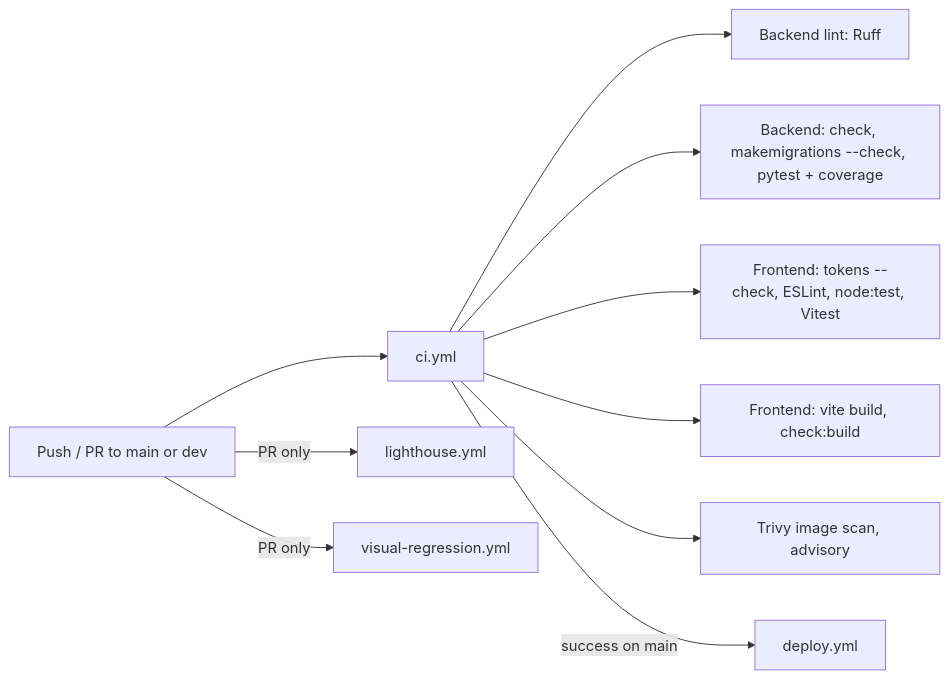
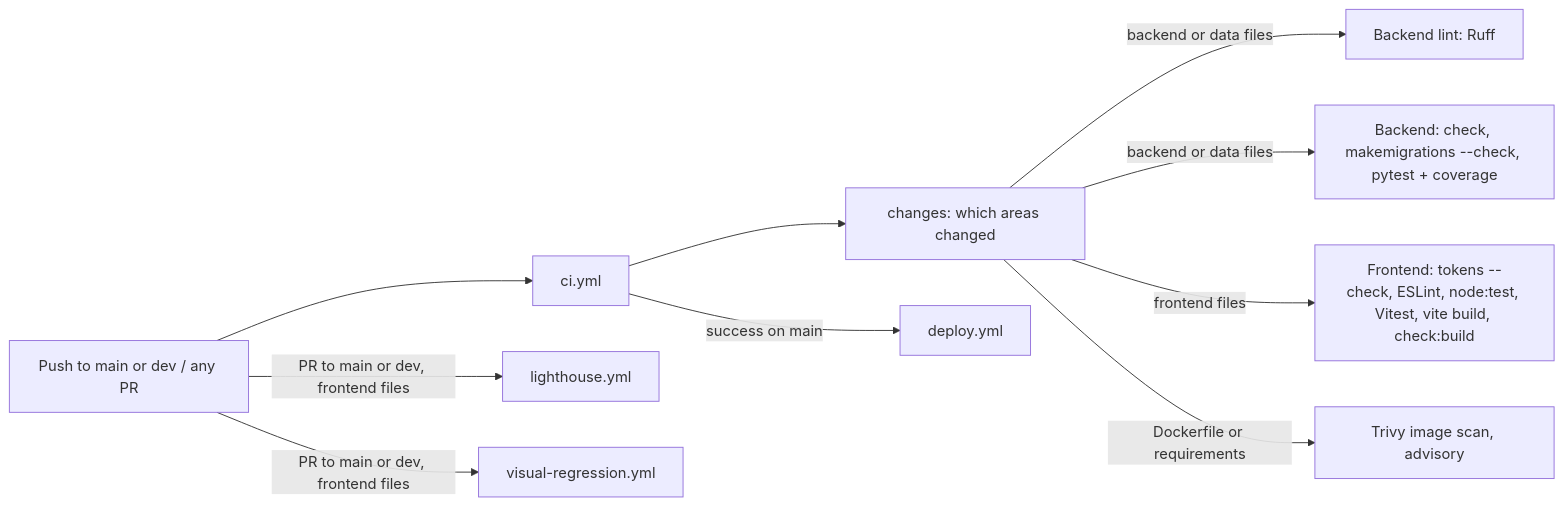
The diagram in docs/wiki/Testing-and-CI.md (armanhm/Lingaru), drawn with Mermaid before and after one commit. The commit also changed other lines of this file and 5 other files, not shown here.

First line of the commit message:
ci: Node 22, skip unaffected jobs, one frontend job

````diff
--- a/docs/wiki/Testing-and-CI.md
+++ b/docs/wiki/Testing-and-CI.md
@@ -9,12 +9,12 @@
 ```mermaid
 flowchart LR
-  PR[Push / PR to main or dev] --> CI[ci.yml]
-  CI --> BL[Backend lint: Ruff]
-  CI --> BT[Backend: check, makemigrations --check, pytest + coverage]
-  CI --> FL[Frontend: tokens --check, ESLint, node:test, Vitest]
-  CI --> FB[Frontend: vite build, check:build]
-  CI --> TV[Trivy image scan, advisory]
-  PR -->|PR only| LH[lighthouse.yml]
-  PR -->|PR only| VR[visual-regression.yml]
+  PR[Push to main or dev / any PR] --> CI[ci.yml]
+  CI --> CH[changes: which areas changed]
+  CH -->|backend or data files| BL[Backend lint: Ruff]
+  CH -->|backend or data files| BT[Backend: check, makemigrations --check, pytest + coverage]
+  CH -->|frontend files| FE[Frontend: tokens --check, ESLint, node:test, Vitest, vite build, check:build]
+  CH -->|Dockerfile or requirements| TV[Trivy image scan, advisory]
+  PR -->|PR to main or dev, frontend files| LH[lighthouse.yml]
+  PR -->|PR to main or dev, frontend files| VR[visual-regression.yml]
   CI -->|success on main| DEP[deploy.yml]
 ```
````
